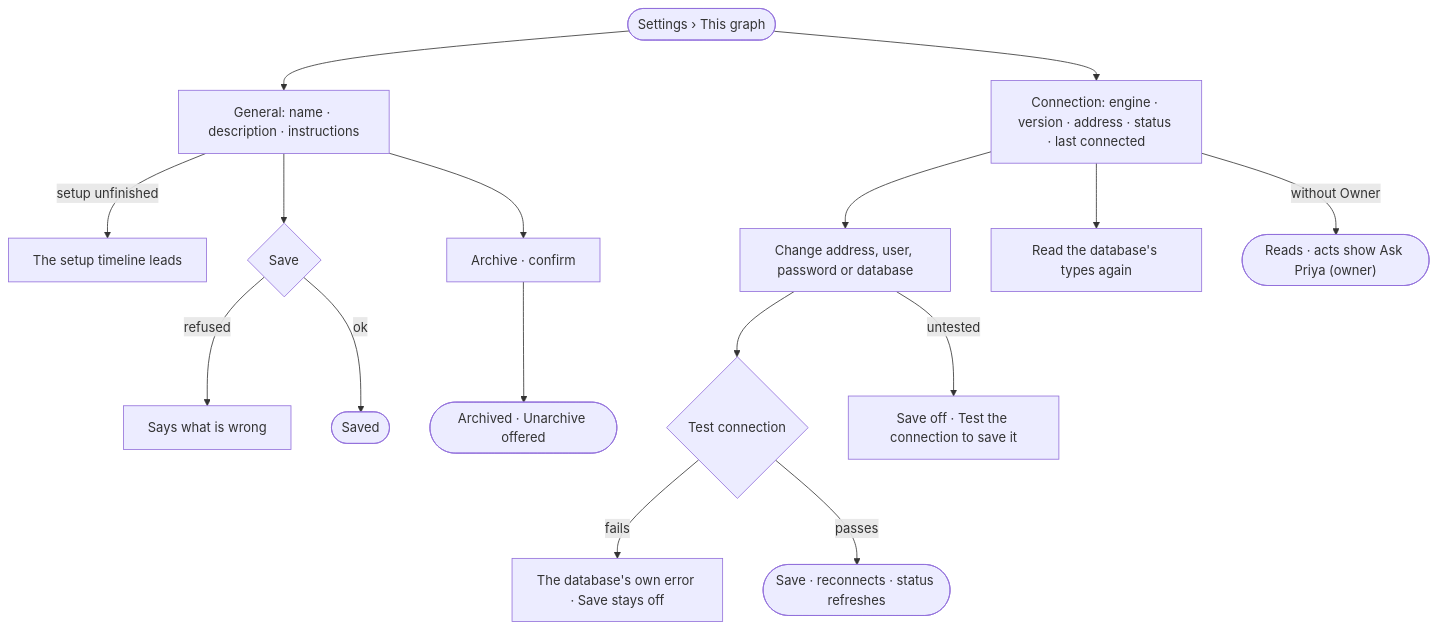
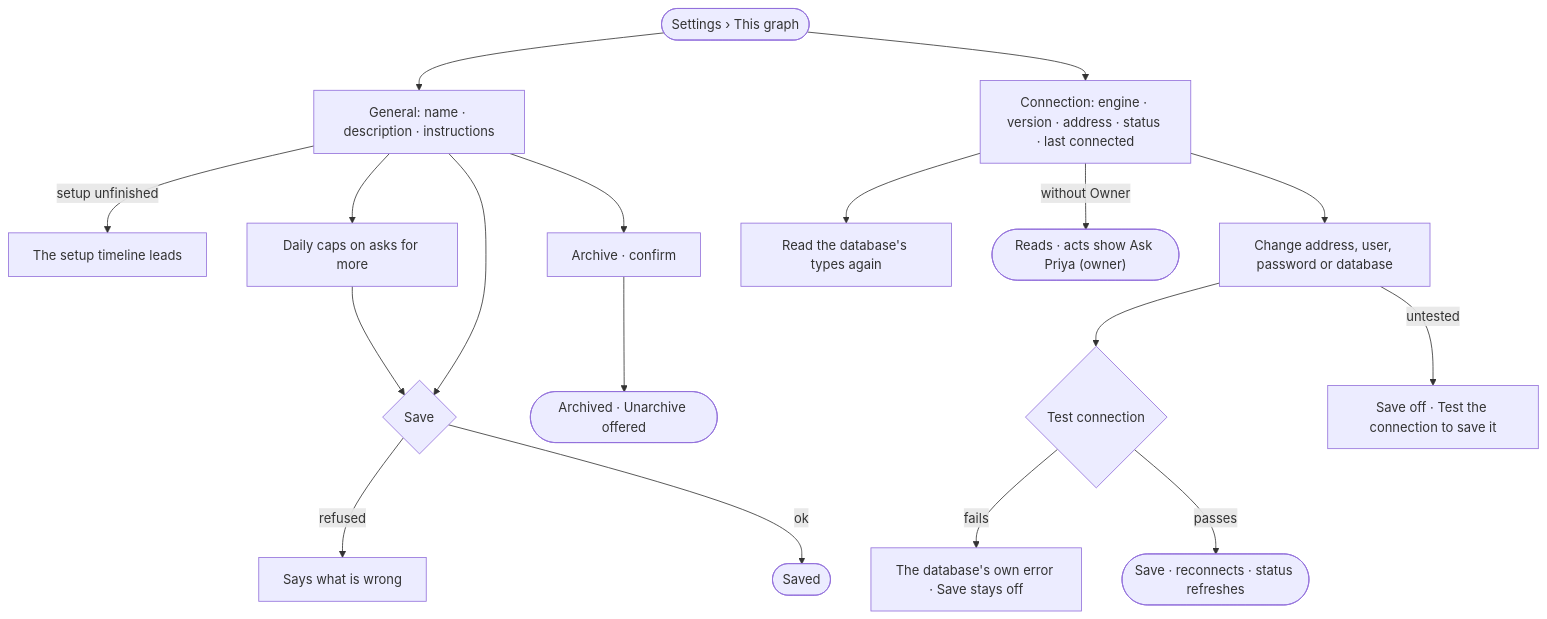
Before and after one commit to invana/invana: the diagram in specs/products/settings/features/ST-F01-this-graph/stories/ST-14-name-describe-and-connect-this-graph/story.md, drawn with Mermaid. The commit also changed other lines of this file and 24 other files, not shown here.

````diff
--- a/specs/products/settings/features/ST-F01-this-graph/stories/ST-14-name-describe-and-connect-this-graph/story.md
+++ b/specs/products/settings/features/ST-F01-this-graph/stories/ST-14-name-describe-and-connect-this-graph/story.md
@@ -27,17 +27,18 @@
 ```mermaid
 flowchart TD
   s([Settings › This graph]) --> g["General: name · description · instructions"]
   g -->|setup unfinished| tl["The setup timeline leads"]
+  g --> caps["Daily caps on asks for more"] --> sv
   g --> sv{"Save"}
   sv -->|refused| sf["Says what is wrong"]
   sv -->|ok| gs(["Saved"])
   g --> ar["Archive · confirm"] --> ad(["Archived · Unarchive offered"])
   s --> c["Connection: engine · version · address · status · last connected"]
   c --> ch["Change address, user, password or database"]
   ch --> t{"Test connection"}
   t -->|fails| tf["The database's own error · Save stays off"]
   t -->|passes| ok(["Save · reconnects · status refreshes"])
   ch -->|untested| off["Save off · Test the connection to save it"]
   c --> rd["Read the database's types again"]
   c -->|without Owner| ask(["Reads · acts show Ask Priya (owner)"])
 ```
````
